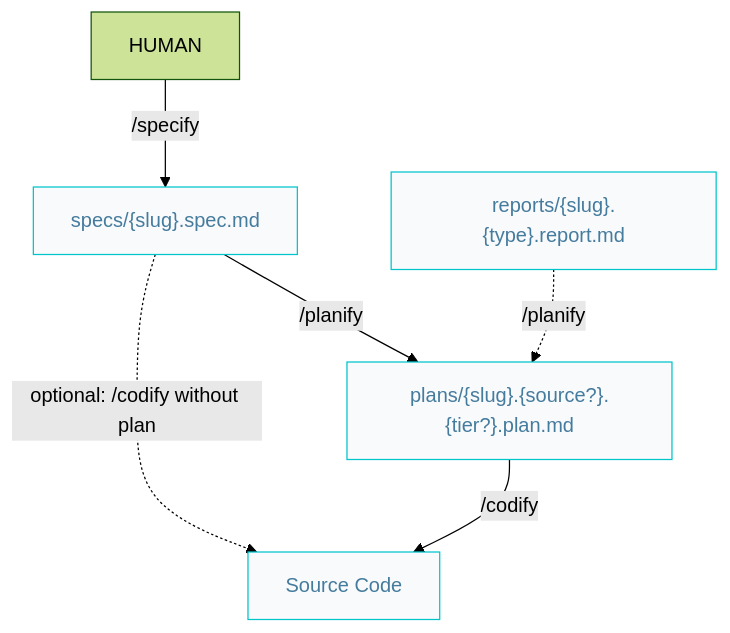
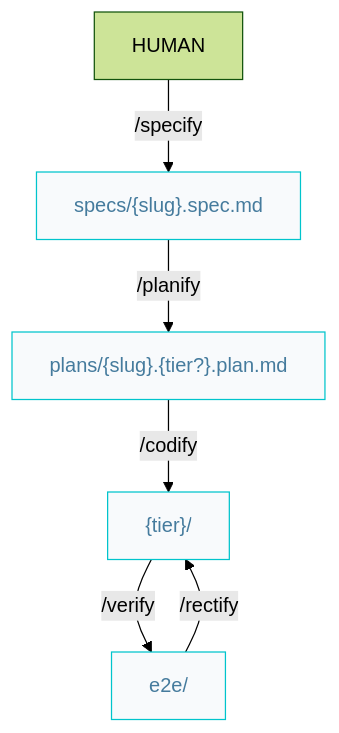
The diagram in docs/builder.pipelines.md (AIDDbot/AIDDbot), drawn with Mermaid (forest theme) before and after one commit. The commit also changed other lines of this file and 5 other files, not shown here.

````diff
--- a/docs/builder.pipelines.md
+++ b/docs/builder.pipelines.md
@@ -7,16 +7,15 @@
 ```mermaid
 flowchart TD  
   HUM[HUMAN]
   SPC["specs/{slug}.spec.md"]:::nd
-  PLN["plans/{slug}.{source?}.{tier?}.plan.md"]:::nd
-  COD[Source Code]:::nd
+  PLN["plans/{slug}.{tier?}.plan.md"]:::nd
+  COD["{tier}/"]:::nd
+  E2E["e2e/"]:::nd
 
   HUM -->|/specify| SPC
   SPC -->|/planify| PLN
   PLN -->|/codify| COD
-  SPC -.->|optional: /codify without plan| COD
-  RPT["reports/{slug}.{type}.report.md"]:::nd
-  RPT -.->|/planify| PLN
-
+  COD -->|/verify| E2E
+  E2E -->|/rectify| COD
   classDef nd fill:#f8fafc,stroke:#00c4cc,color:#457b9d
 ```
````
